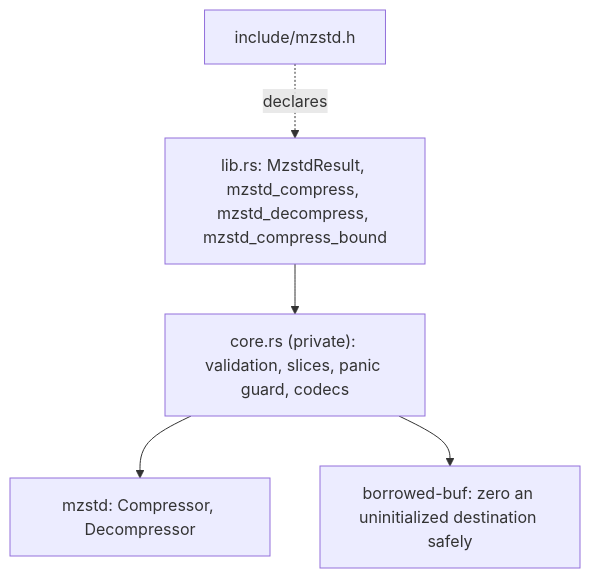
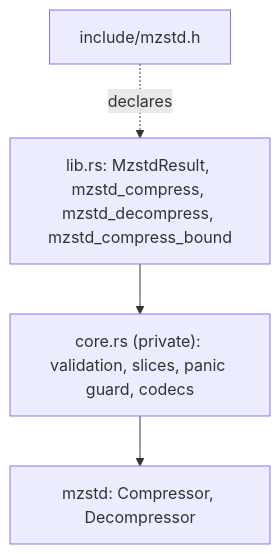
One commit to M-Compressors/mzstd changed the first of 3 diagrams in architecture/c-abi.md. Above: the diagram before and after it, drawn with Mermaid. The commit also changed other lines of this file and 24 other files, not shown here.

````diff
--- a/architecture/c-abi.md
+++ b/architecture/c-abi.md
@@ -10,7 +10,6 @@
 ```mermaid
 graph TD
     Header[include/mzstd.h] -.declares.-> Lib
     Lib["lib.rs: MzstdResult, mzstd_compress, mzstd_decompress, mzstd_compress_bound"] --> Core["core.rs (private): validation, slices, panic guard, codecs"]
     Core --> Mzstd[mzstd: Compressor, Decompressor]
-    Core --> BB[borrowed-buf: zero an uninitialized destination safely]
 ```
````
